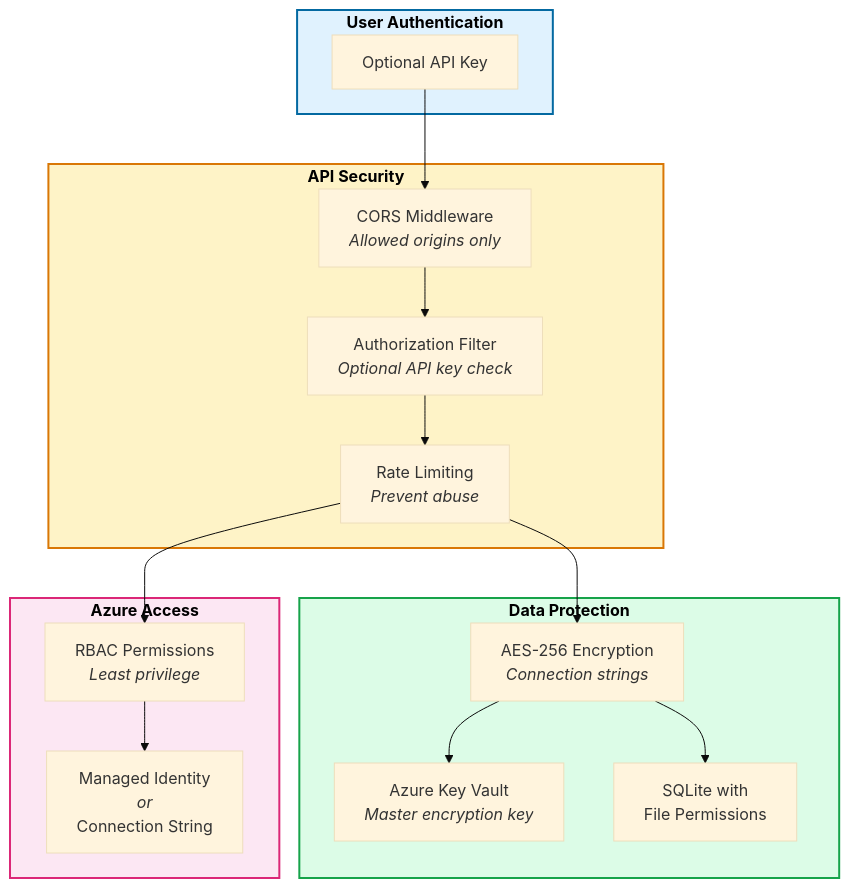
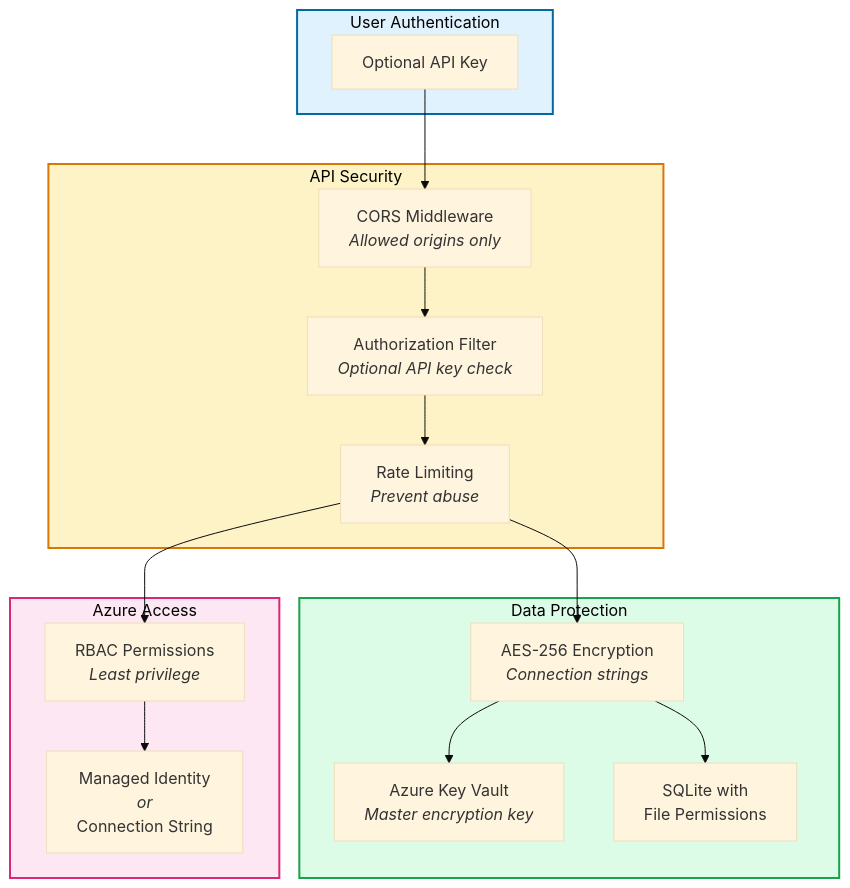
Diagram 12 of 12 in docs/COMPREHENSIVE-GUIDE.md (debdevops/servicehub), drawn with Mermaid before and after one commit. The commit also changed other lines of this file and 1 other file, not shown here.

````diff
--- a/docs/COMPREHENSIVE-GUIDE.md
+++ b/docs/COMPREHENSIVE-GUIDE.md
@@ -1048,38 +1048,38 @@
 ```mermaid
 %%{init: {'theme':'base', 'themeVariables': { 'fontSize':'16px'}}}%%
 graph TB
-    subgraph User["<b>User Authentication</b>"]
+    subgraph User["User Authentication"]
         LOGIN["Optional API Key"]
     end
     
-    subgraph API["<b>API Security</b>"]
+    subgraph API["API Security"]
         CORS["CORS Middleware<br/><i>Allowed origins only</i>"]
         AUTH["Authorization Filter<br/><i>Optional API key check</i>"]
         RATE["Rate Limiting<br/><i>Prevent abuse</i>"]
     end
     
-    subgraph Data["<b>Data Protection</b>"]
+    subgraph Data["Data Protection"]
         ENCRYPT["AES-256 Encryption<br/><i>Connection strings</i>"]
         SECRETS["Azure Key Vault<br/><i>Master encryption key</i>"]
         DB["SQLite with<br/>File Permissions"]
     end
     
-    subgraph Azure["<b>Azure Access</b>"]
+    subgraph Azure["Azure Access"]
         RBAC["RBAC Permissions<br/><i>Least privilege</i>"]
         SAS["Managed Identity<br/><i>or</i><br/>Connection String"]
     end
     
     LOGIN --> CORS
     CORS --> AUTH
     AUTH --> RATE
     RATE --> ENCRYPT
     ENCRYPT --> SECRETS
     ENCRYPT --> DB
     RATE --> RBAC
     RBAC --> SAS
     
     style User fill:#e0f2fe,stroke:#0369a1,stroke-width:2px,color:#000
     style API fill:#fef3c7,stroke:#d97706,stroke-width:2px,color:#000
     style Data fill:#dcfce7,stroke:#16a34a,stroke-width:2px,color:#000
     style Azure fill:#fce7f3,stroke:#db2777,stroke-width:2px,color:#000
 ```
````
